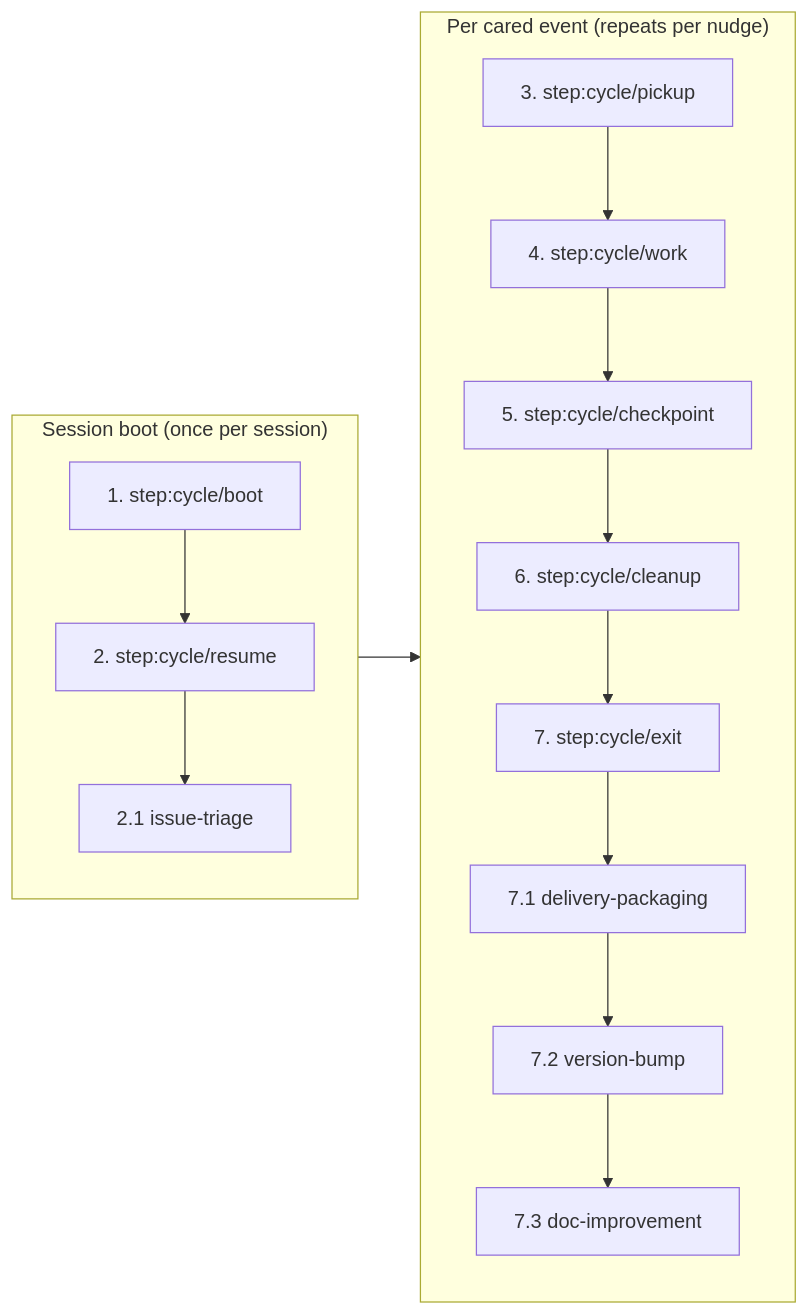
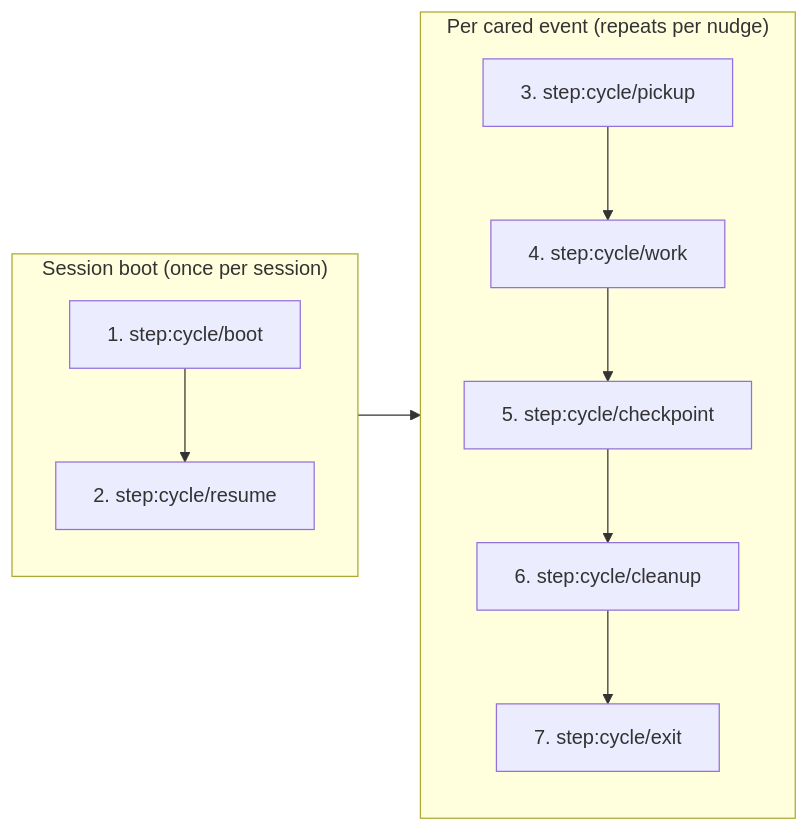
Before and after one commit to WallyDoodlez/SquidSquad: the fourth of 4 diagrams in .squidsquad/dm/CLAUDE.linked.md, drawn with Mermaid. The commit also changed other lines of this file and 6 other files, not shown here.

````diff
--- a/.squidsquad/dm/CLAUDE.linked.md
+++ b/.squidsquad/dm/CLAUDE.linked.md
@@ -350,28 +367,20 @@
 ```mermaid
 flowchart LR
     subgraph SessionBoot["Session boot (once per session)"]
         S1["1. step:cycle/boot"]
         S2["2. step:cycle/resume"]
-        S2_1["2.1 issue-triage"]
     end
     subgraph WalkLoop["Per cared event (repeats per nudge)"]
         S3["3. step:cycle/pickup"]
         S4["4. step:cycle/work"]
         S5["5. step:cycle/checkpoint"]
         S6["6. step:cycle/cleanup"]
         S7["7. step:cycle/exit"]
-        S7_1["7.1 delivery-packaging"]
-        S7_2["7.2 version-bump"]
-        S7_3["7.3 doc-improvement"]
     end
     S1 --> S2
-    S2 --> S2_1
     S3 --> S4
     S4 --> S5
     S5 --> S6
     S6 --> S7
-    S7 --> S7_1
-    S7_1 --> S7_2
-    S7_2 --> S7_3
     SessionBoot --> WalkLoop
 ```
````
